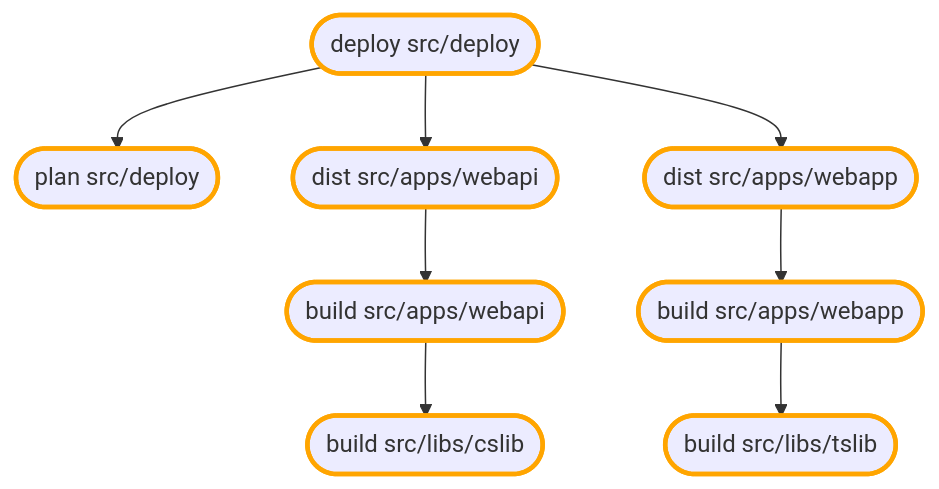
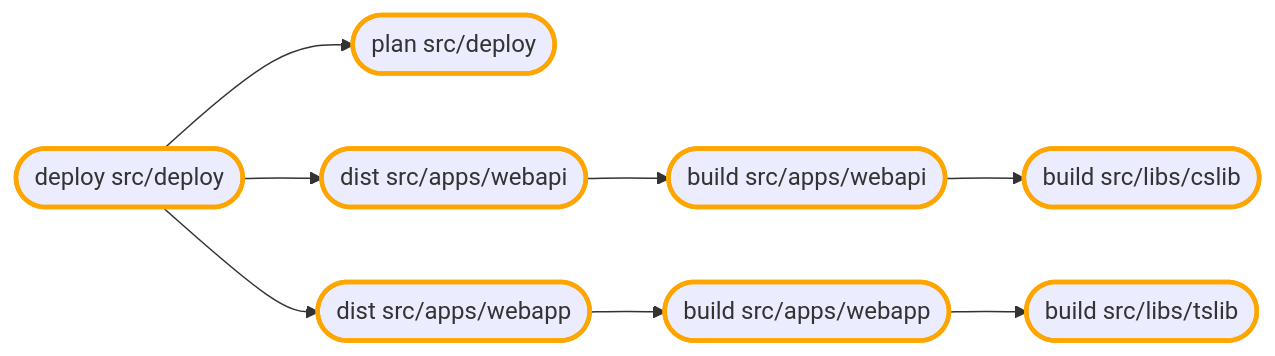
Before and after one commit to MagnusOpera/Terrabuild-Playground: the second of 3 diagrams in README.md, drawn with Mermaid. The commit also changed other lines of this file, not shown here.

Commit message:
update graphs

````diff
--- a/README.md
+++ b/README.md
@@ -100,35 +100,29 @@
 ```mermaid
-flowchart TB
+flowchart LR
 classDef forced stroke:red,stroke-width:3px
 classDef required stroke:orange,stroke-width:3px
 classDef selected stroke:black,stroke-width:3px
-classDef cluster-13F7CAF67B8934899D1AAA883854B159B9E1E49CFDAB389BDD24E4672F57D826 stroke:#8F5,stroke-width:3px,fill:white,rx:10,ry:10
-classDef cluster-32B2BFE44ECA0E2307BAFCE5F3F466E8C19390C1B20F30647D036291110340E1 stroke:#56F,stroke-width:3px,fill:white,rx:10,ry:10
-classDef cluster-99DD49C225ABACFB2E7A0437E146E795DB3A0C4ABD4750C8361C18E326A6C0B4 stroke:#133,stroke-width:3px,fill:white,rx:10,ry:10
-classDef cluster-A9061A612F53DFA1649E99D4F5D0E56F7759BD879DA66EACD70D818CD1C53F11 stroke:#C46,stroke-width:3px,fill:white,rx:10,ry:10
-classDef cluster-CE0B1A748A9F282E240D21940797E39B84941D2CCACD1548C87AE72697E038C9 stroke:#AB4,stroke-width:3px,fill:white,rx:10,ry:10
-classDef cluster-CF0E0D7DD67A58796E6CAFCB42180D0916EA97906676B80801C9B19E6D29020B stroke:#A20,stroke-width:3px,fill:white,rx:10,ry:10
-D7DEF1DF9ACC57757F34B1730D482187E47D093CCEE205B5BB5DDD53B747B06B([build src/apps/webapi])
-6FE3F4D55B0ED59E4973F54FACA2CFA0536509F25D388CD590FEF38498A209CD([build src/libs/cslib])
-D7DEF1DF9ACC57757F34B1730D482187E47D093CCEE205B5BB5DDD53B747B06B --> 6FE3F4D55B0ED59E4973F54FACA2CFA0536509F25D388CD590FEF38498A209CD
-class D7DEF1DF9ACC57757F34B1730D482187E47D093CCEE205B5BB5DDD53B747B06B required
-class 6FE3F4D55B0ED59E4973F54FACA2CFA0536509F25D388CD590FEF38498A209CD required
-1EFE5B7C97917BB6E44E9CA9288769833935631C4F56B56F140FB7F1161A4A7D([plan src/deploy])
-class 1EFE5B7C97917BB6E44E9CA9288769833935631C4F56B56F140FB7F1161A4A7D required
-922A25A435829F459EA0792B5FEB67BD68ACA1FB3996D4DF2EDB5C78F3697F69([build src/apps/webapp])
-DD57A9D24CBA24C6AA3B120942D16D8304847D32272450F9B3F531937D938FD8([build src/libs/tslib])
-922A25A435829F459EA0792B5FEB67BD68ACA1FB3996D4DF2EDB5C78F3697F69 --> DD57A9D24CBA24C6AA3B120942D16D8304847D32272450F9B3F531937D938FD8
-class 922A25A435829F459EA0792B5FEB67BD68ACA1FB3996D4DF2EDB5C78F3697F69 required
-class DD57A9D24CBA24C6AA3B120942D16D8304847D32272450F9B3F531937D938FD8 required
-90A975D71E44D90EC45D83E0AAC28C481A53AF6C2AB05F611151F14BD3BF955E([dist src/apps/webapi])
-90A975D71E44D90EC45D83E0AAC28C481A53AF6C2AB05F611151F14BD3BF955E --> D7DEF1DF9ACC57757F34B1730D482187E47D093CCEE205B5BB5DDD53B747B06B
-class 90A975D71E44D90EC45D83E0AAC28C481A53AF6C2AB05F611151F14BD3BF955E required
-3288A15D2D9D4439B74BD499371E2FE725A32CD686B4466126B7464595CE48E1([deploy src/deploy])
-3288A15D2D9D4439B74BD499371E2FE725A32CD686B4466126B7464595CE48E1 --> 90A975D71E44D90EC45D83E0AAC28C481A53AF6C2AB05F611151F14BD3BF955E
-3288A15D2D9D4439B74BD499371E2FE725A32CD686B4466126B7464595CE48E1 --> 5088113A521173C96529AAF9D9B6EEB6B8C737776C03210C8E1993A80F9DCB2E
-3288A15D2D9D4439B74BD499371E2FE725A32CD686B4466126B7464595CE48E1 --> 1EFE5B7C97917BB6E44E9CA9288769833935631C4F56B56F140FB7F1161A4A7D
-class 3288A15D2D9D4439B74BD499371E2FE725A32CD686B4466126B7464595CE48E1 required
-5088113A521173C96529AAF9D9B6EEB6B8C737776C03210C8E1993A80F9DCB2E([dist src/apps/webapp])
-5088113A521173C96529AAF9D9B6EEB6B8C737776C03210C8E1993A80F9DCB2E --> 922A25A435829F459EA0792B5FEB67BD68ACA1FB3996D4DF2EDB5C78F3697F69
-class 5088113A521173C96529AAF9D9B6EEB6B8C737776C03210C8E1993A80F9DCB2E required
+942179365051C1A33DCF747C64D41786C8982DD5C9B7EB7D8792D5AB26BC93EE([build src/apps/webapi])
+2472A7D7AFE84797E8835F7F8AAA9671A230BC0391CD60D47D68F0982D660F4D([build src/libs/cslib])
+942179365051C1A33DCF747C64D41786C8982DD5C9B7EB7D8792D5AB26BC93EE --> 2472A7D7AFE84797E8835F7F8AAA9671A230BC0391CD60D47D68F0982D660F4D
+class 942179365051C1A33DCF747C64D41786C8982DD5C9B7EB7D8792D5AB26BC93EE required
+class 2472A7D7AFE84797E8835F7F8AAA9671A230BC0391CD60D47D68F0982D660F4D required
+6AE17A5B59E873CC19549EC37FF0E70529F5ACF9199EF788A57AA36D515D5305([plan src/deploy])
+class 6AE17A5B59E873CC19549EC37FF0E70529F5ACF9199EF788A57AA36D515D5305 required
+A4784F53304358C5B2A731D8ADEA338F8DE2217105C7A0B1D76E9CE3536D946F([build src/apps/webapp])
+09B7D90F73A18A551759DF0B8F900113268C2015C4B23E930DC1EF5427F55EA4([build src/libs/tslib])
+A4784F53304358C5B2A731D8ADEA338F8DE2217105C7A0B1D76E9CE3536D946F --> 09B7D90F73A18A551759DF0B8F900113268C2015C4B23E930DC1EF5427F55EA4
+class A4784F53304358C5B2A731D8ADEA338F8DE2217105C7A0B1D76E9CE3536D946F required
+class 09B7D90F73A18A551759DF0B8F900113268C2015C4B23E930DC1EF5427F55EA4 required
+C84DDA0307CE672A87A67571C61AF0A56E74CC8C6AB291EB1AAF863E0EAE4905([dist src/apps/webapi])
+C84DDA0307CE672A87A67571C61AF0A56E74CC8C6AB291EB1AAF863E0EAE4905 --> 942179365051C1A33DCF747C64D41786C8982DD5C9B7EB7D8792D5AB26BC93EE
+class C84DDA0307CE672A87A67571C61AF0A56E74CC8C6AB291EB1AAF863E0EAE4905 required
+20A918F5A24BDC971D2453B59EB07784463ABFFE026049F1A1BB5C0BE1F06576([deploy src/deploy])
+20A918F5A24BDC971D2453B59EB07784463ABFFE026049F1A1BB5C0BE1F06576 --> C84DDA0307CE672A87A67571C61AF0A56E74CC8C6AB291EB1AAF863E0EAE4905
+20A918F5A24BDC971D2453B59EB07784463ABFFE026049F1A1BB5C0BE1F06576 --> F7DB4DD0555F1851A6EDF90789A946B7D9385F94186559AC6124CEC556EA1B44
+20A918F5A24BDC971D2453B59EB07784463ABFFE026049F1A1BB5C0BE1F06576 --> 6AE17A5B59E873CC19549EC37FF0E70529F5ACF9199EF788A57AA36D515D5305
+class 20A918F5A24BDC971D2453B59EB07784463ABFFE026049F1A1BB5C0BE1F06576 required
+F7DB4DD0555F1851A6EDF90789A946B7D9385F94186559AC6124CEC556EA1B44([dist src/apps/webapp])
+F7DB4DD0555F1851A6EDF90789A946B7D9385F94186559AC6124CEC556EA1B44 --> A4784F53304358C5B2A731D8ADEA338F8DE2217105C7A0B1D76E9CE3536D946F
+class F7DB4DD0555F1851A6EDF90789A946B7D9385F94186559AC6124CEC556EA1B44 required
 ```
````
